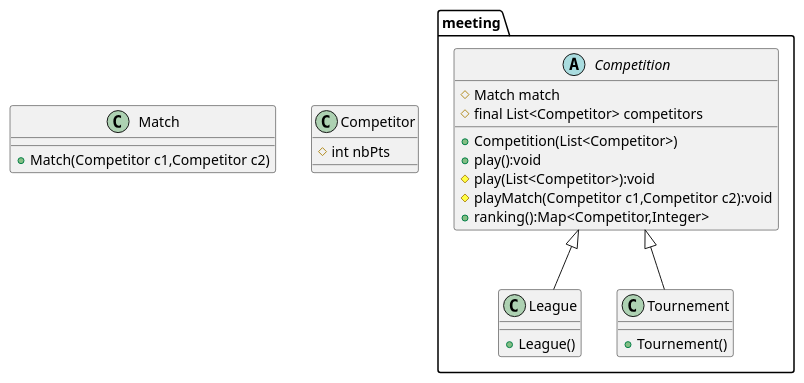
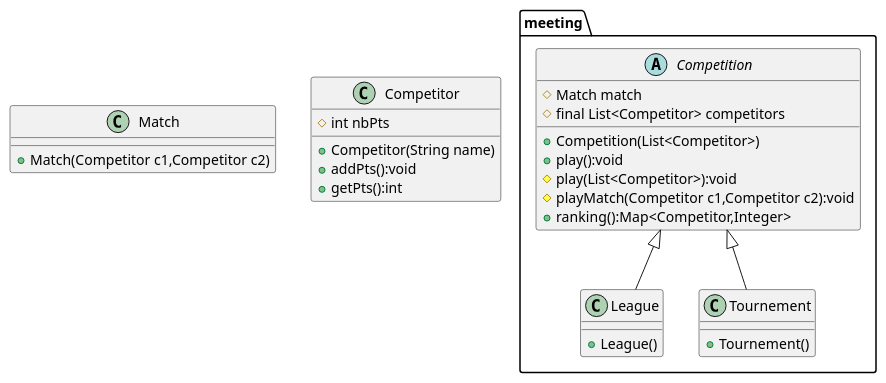
The diagram in src/regex/projectS5.wsd (Rouxhero/GitDuBled), drawn with PlantUML before and after one commit. The commit also changed 6 other files, not shown here.

```diff
--- a/src/regex/projectS5.wsd
+++ b/src/regex/projectS5.wsd
@@ -1,42 +1,44 @@
 @startuml
-
-
-
 class Match{
 
 + Match(Competitor c1,Competitor c2)
+
 }
 
 class Competitor{
 # int nbPts
+
++ Competitor(String name)
++ addPts():void
++ getPts():int
 }
 
 package meeting {
 
 abstract class Competition{
 
 # Match match
 # final List<Competitor> competitors
 + Competition(List<Competitor>)
 + play():void
 # play(List<Competitor>):void
 # playMatch(Competitor c1,Competitor c2):void
 + ranking():Map<Competitor,Integer>
 
 }
 
 class League{
 
 + League()
 
 }
 class Tournement{
 
 + Tournement()
 
 }
 
 Competition <|-- Tournement
 Competition <|-- League
 }
 @enduml
```
